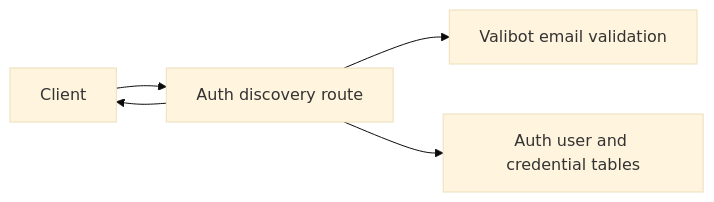
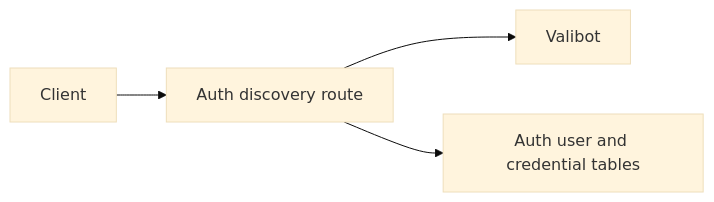
One commit to moeru-ai/airi changed the first of 2 diagrams in server/docs/ai/adr/2026-10-10-email-verification-discovery.md. Above: the diagram before and after it, drawn with Mermaid (base theme). The commit also changed other lines of this file, not shown here.

Commit message:
docs(auth): shorten email discovery decision record

````diff
--- a/server/docs/ai/adr/2026-10-10-email-verification-discovery.md
+++ b/server/docs/ai/adr/2026-10-10-email-verification-discovery.md
@@ -16,7 +10,6 @@
 ```mermaid
 flowchart LR
   Client --> Route[Auth discovery route]
-  Route --> Validation[Valibot email validation]
+  Route --> Valibot
   Route --> DB[Auth user and credential tables]
-  Route --> Client
 ```
````
